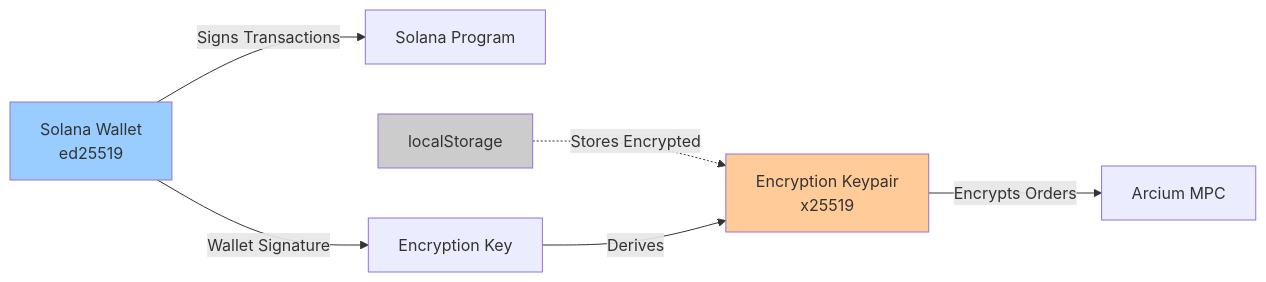
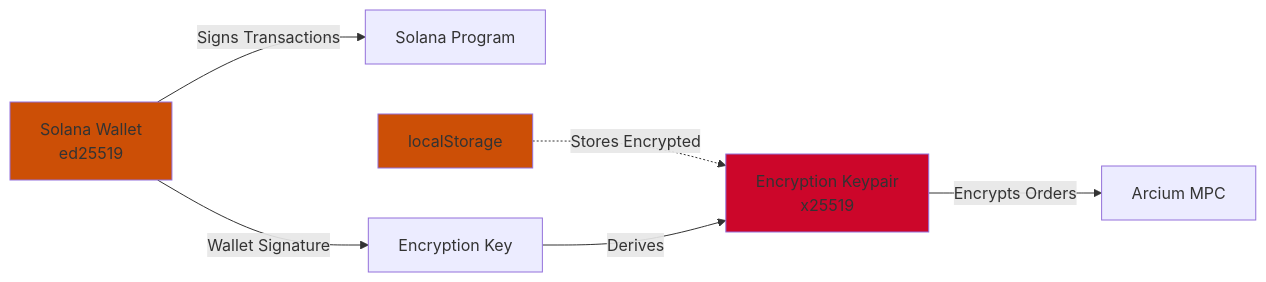
One commit to SiphonMoney/matching-engine changed the fifth of 8 diagrams in TECHNICAL_OVERVIEW_PRESENTATION.md. Above: the diagram before and after it, drawn with Mermaid. The commit also changed other lines of this file, not shown here.

Commit message:
change colors in diagrams

````diff
--- a/TECHNICAL_OVERVIEW_PRESENTATION.md
+++ b/TECHNICAL_OVERVIEW_PRESENTATION.md
@@ -117,12 +117,12 @@
 ```mermaid
 graph LR
     A[Solana Wallet<br/>ed25519] -->|Signs Transactions| B[Solana Program]
     C[Encryption Keypair<br/>x25519] -->|Encrypts Orders| D[Arcium MPC]
     E[localStorage] -.->|Stores Encrypted| C
     A -->|Wallet Signature| F[Encryption Key]
     F -->|Derives| C
     
-    style A fill:#9cf
-    style C fill:#fc9
-    style E fill:#ccc
+    style A fill:#cc4f06
+    style C fill:#cc062a
+    style E fill:#cc4f06
 ```
````
